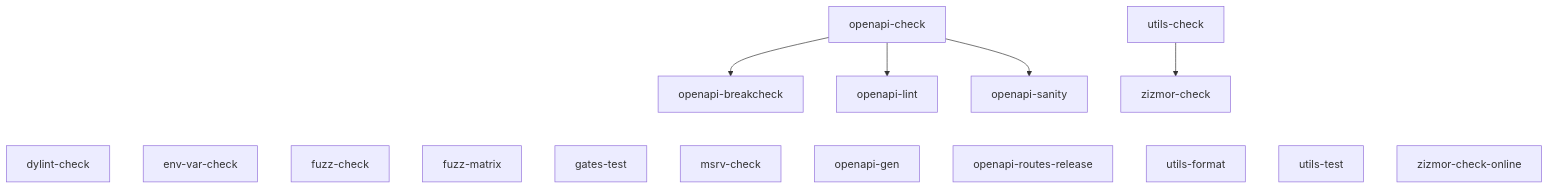
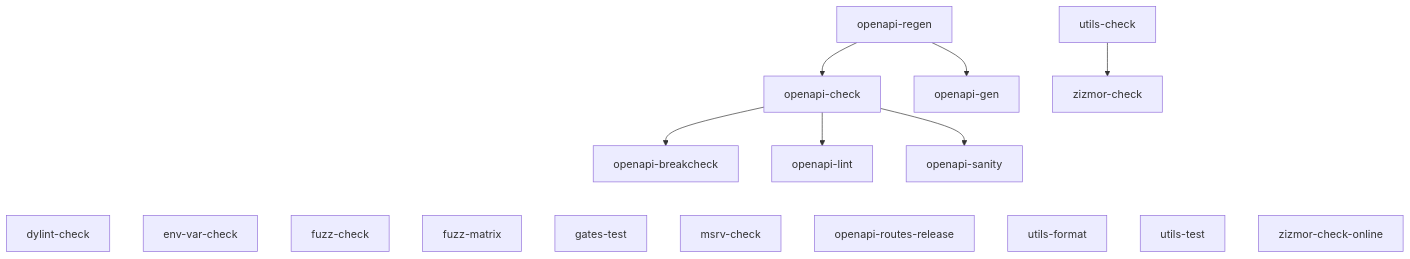
One commit to codesam88/picasu changed the fifth of 11 diagrams in docs/quality-gates.md. Above: the diagram before and after it, drawn with Mermaid. The commit also changed other lines of this file and 6 other files, not shown here.

````diff
--- a/docs/quality-gates.md
+++ b/docs/quality-gates.md
@@ -132,25 +131,28 @@
 ```mermaid
 graph TD
   dylint-check
   env-var-check
   fuzz-check
   fuzz-matrix
   gates-test
   msrv-check
   openapi-breakcheck
   openapi-check
   openapi-gen
   openapi-lint
+  openapi-regen
   openapi-routes-release
   openapi-sanity
   utils-check
   utils-format
   utils-test
   zizmor-check
   zizmor-check-online
   openapi-check --> openapi-breakcheck
   openapi-check --> openapi-lint
   openapi-check --> openapi-sanity
+  openapi-regen --> openapi-check
+  openapi-regen --> openapi-gen
   utils-check --> zizmor-check
-  openapi-breakcheck ~~~ dylint-check & env-var-check & fuzz-check & fuzz-matrix & gates-test & msrv-check & openapi-gen & openapi-routes-release & utils-format & utils-test & zizmor-check-online
+  openapi-breakcheck ~~~ dylint-check & env-var-check & fuzz-check & fuzz-matrix & gates-test & msrv-check & openapi-routes-release & utils-format & utils-test & zizmor-check-online
 ```
````
